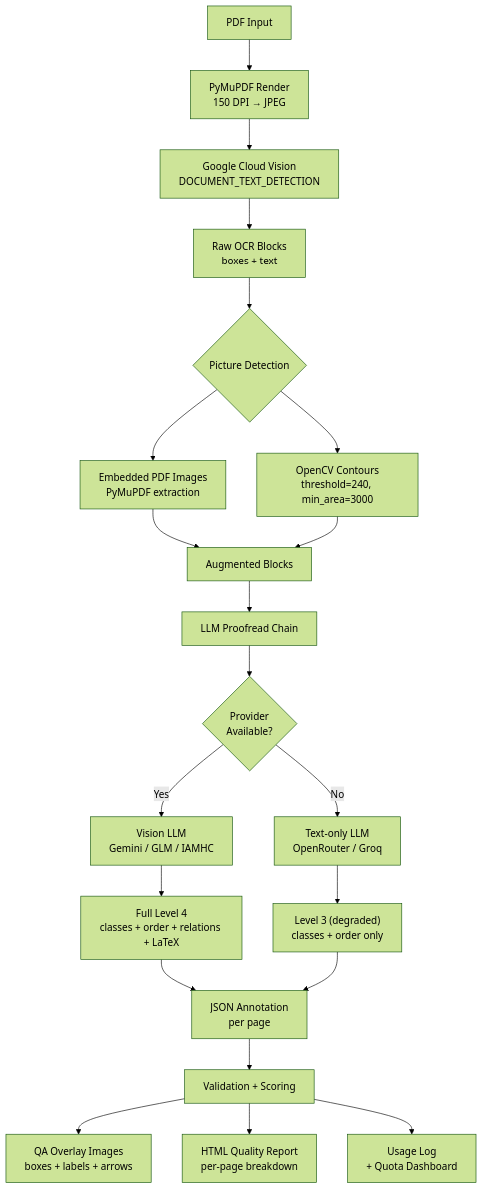
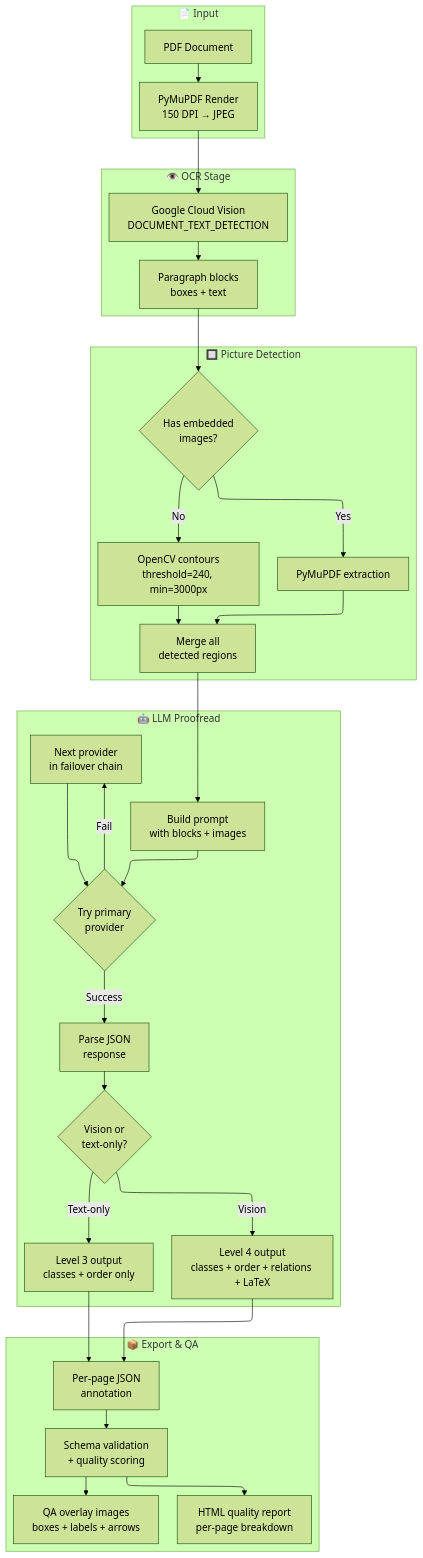
The first of 4 diagrams in README.md (rai8053/indic-ocr-pipeline), drawn with Mermaid (forest theme) before and after one commit. The commit also changed other lines of this file, not shown here.

Commit message:
Improve README: visual hierarchy, comparison table, gallery, expanded FAQ, workflows, architecture diagrams

````diff
--- a/README.md
+++ b/README.md
@@ -134,23 +230,39 @@
 ```mermaid
-graph TD
-    A["PDF Input"] --> B["PyMuPDF Render<br/>150 DPI → JPEG"]
-    B --> C["Google Cloud Vision<br/>DOCUMENT_TEXT_DETECTION"]
-    C --> D["Raw OCR Blocks<br/>boxes + text"]
-    D --> E{"Picture Detection"}
-    E --> F["Embedded PDF Images<br/>PyMuPDF extraction"]
-    E --> G["OpenCV Contours<br/>threshold=240, min_area=3000"]
-    F --> H["Augmented Blocks"]
-    G --> H
-    H --> I["LLM Proofread Chain"]
-    I --> J{"Provider<br/>Available?"}
-    J -->|"Yes"| K["Vision LLM<br/>Gemini / GLM / IAMHC"]
-    J -->|"No"| L["Text-only LLM<br/>OpenRouter / Groq"]
-    K --> M["Full Level 4<br/>classes + order + relations + LaTeX"]
-    L --> N["Level 3 (degraded)<br/>classes + order only"]
-    M --> O["JSON Annotation<br/>per page"]
-    N --> O
-    O --> P["Validation + Scoring"]
-    P --> Q["QA Overlay Images<br/>boxes + labels + arrows"]
-    P --> R["HTML Quality Report<br/>per-page breakdown"]
-    P --> S["Usage Log<br/>+ Quota Dashboard"]
+%%{init: {"flowchart": {"defaultRenderer": "elk", "htmlLabels": true}} }%%
+graph TB
+    subgraph Input["📄 Input"]
+        A["PDF Document"] --> B["PyMuPDF Render<br/>150 DPI → JPEG"]
+    end
+
+    subgraph OCR["👁️ OCR Stage"]
+        B --> C["Google Cloud Vision<br/>DOCUMENT_TEXT_DETECTION"]
+        C --> D["Paragraph blocks<br/>boxes + text"]
+    end
+
+    subgraph Detect["🔲 Picture Detection"]
+        D --> E{"Has embedded<br/>images?"}
+        E -->|Yes| F["PyMuPDF extraction"]
+        E -->|No| G["OpenCV contours<br/>threshold=240, min=3000px"]
+        F --> H["Merge all<br/>detected regions"]
+        G --> H
+    end
+
+    subgraph LLM["🤖 LLM Proofread"]
+        H --> I["Build prompt<br/>with blocks + images"]
+        I --> J{"Try primary<br/>provider"}
+        J -->|Success| K["Parse JSON<br/>response"]
+        J -->|Fail| L["Next provider<br/>in failover chain"]
+        L --> J
+        K --> M{"Vision or<br/>text-only?"}
+        M -->|Vision| N["Level 4 output<br/>classes + order + relations + LaTeX"]
+        M -->|Text-only| O["Level 3 output<br/>classes + order only"]
+    end
+
+    subgraph Export["📦 Export & QA"]
+        N --> P["Per-page JSON<br/>annotation"]
+        O --> P
+        P --> Q["Schema validation<br/>+ quality scoring"]
+        Q --> R["QA overlay images<br/>boxes + labels + arrows"]
+        Q --> S["HTML quality report<br/>per-page breakdown"]
+    end
 ```
````
